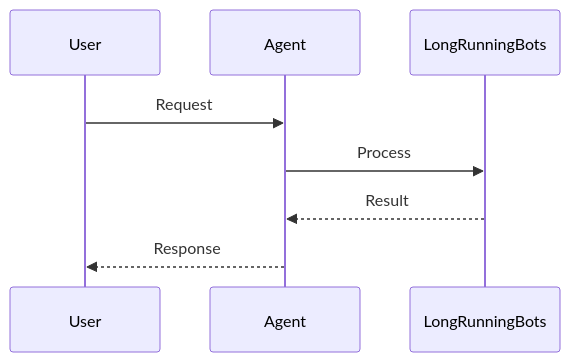
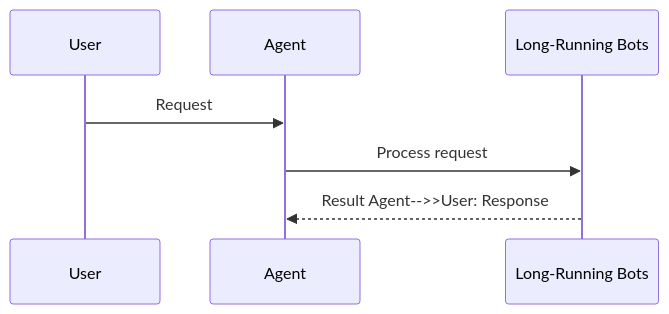
The second of 2 diagrams in docs/features/long-running-bots.mdx (MervinPraison/PraisonAIDocs), drawn with Mermaid before and after one commit. The commit also changed 204 other files, not shown here.

First line of the commit message:
docs: align feature/tool pages with AGENTS.md hero + sequence + import standards (fixes #1775)

````diff
--- a/docs/features/long-running-bots.mdx
+++ b/docs/features/long-running-bots.mdx
@@ -39,11 +39,10 @@
 ```mermaid
 sequenceDiagram
     participant User
     participant Agent
-    participant LongRunningBots
+    participant Feature as Long-Running Bots
 
     User->>Agent: Request
-    Agent->>LongRunningBots: Process
-    LongRunningBots-->>Agent: Result
-    Agent-->>User: Response
+    Agent->>Feature: Process request
+    Feature-->>Agent: Result    Agent-->>User: Response
 ```
````
